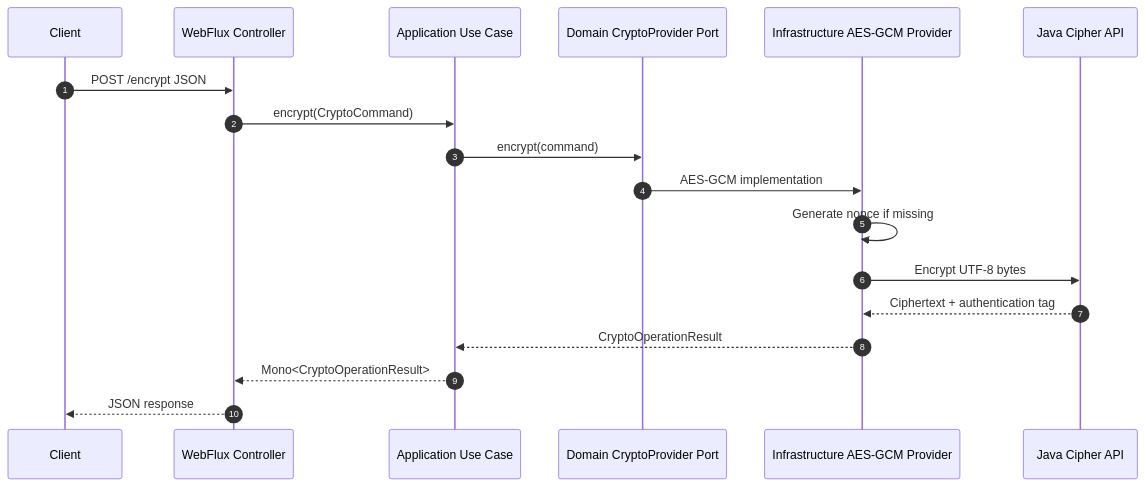
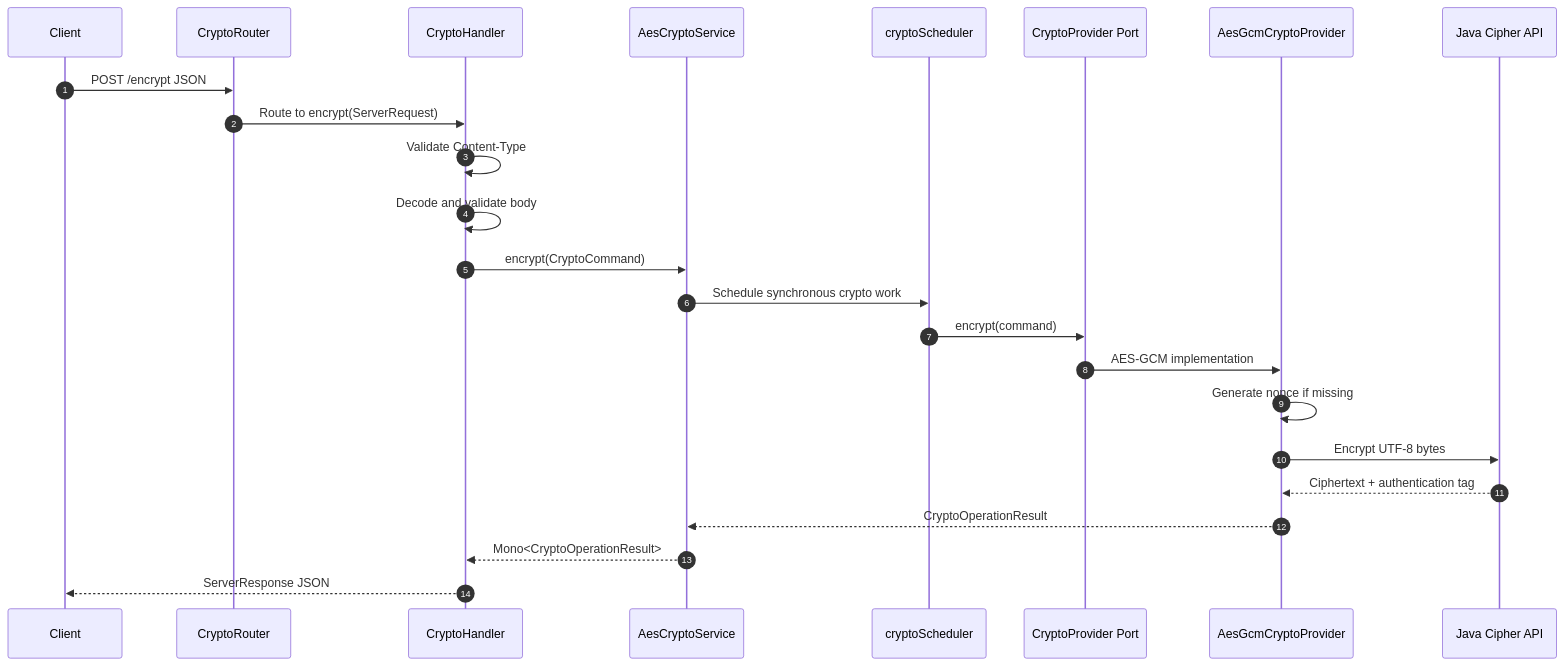
Before and after one commit to mehedihasan03/aes-crypto-webflux-service: the diagram in README.md, drawn with Mermaid. The commit also changed other lines of this file and 17 other files, not shown here.

````diff
--- a/README.md
+++ b/README.md
@@ -179,21 +322,27 @@
 ```mermaid
 sequenceDiagram
     autonumber
     participant Client
-    participant Web as WebFlux Controller
-    participant UseCase as Application Use Case
-    participant Port as Domain CryptoProvider Port
-    participant AES as Infrastructure AES-GCM Provider
+    participant Router as CryptoRouter
+    participant Handler as CryptoHandler
+    participant UseCase as AesCryptoService
+    participant Scheduler as cryptoScheduler
+    participant Port as CryptoProvider Port
+    participant AES as AesGcmCryptoProvider
     participant Cipher as Java Cipher API
 
-    Client->>Web: POST /encrypt JSON
-    Web->>UseCase: encrypt(CryptoCommand)
-    UseCase->>Port: encrypt(command)
+    Client->>Router: POST /encrypt JSON
+    Router->>Handler: Route to encrypt(ServerRequest)
+    Handler->>Handler: Validate Content-Type
+    Handler->>Handler: Decode and validate body
+    Handler->>UseCase: encrypt(CryptoCommand)
+    UseCase->>Scheduler: Schedule synchronous crypto work
+    Scheduler->>Port: encrypt(command)
     Port->>AES: AES-GCM implementation
     AES->>AES: Generate nonce if missing
     AES->>Cipher: Encrypt UTF-8 bytes
     Cipher-->>AES: Ciphertext + authentication tag
     AES-->>UseCase: CryptoOperationResult
-    UseCase-->>Web: Mono<CryptoOperationResult>
-    Web-->>Client: JSON response
+    UseCase-->>Handler: Mono<CryptoOperationResult>
+    Handler-->>Client: ServerResponse JSON
 ```
````
